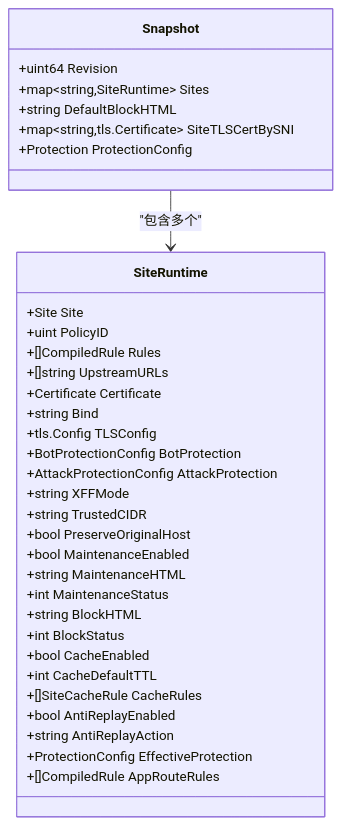
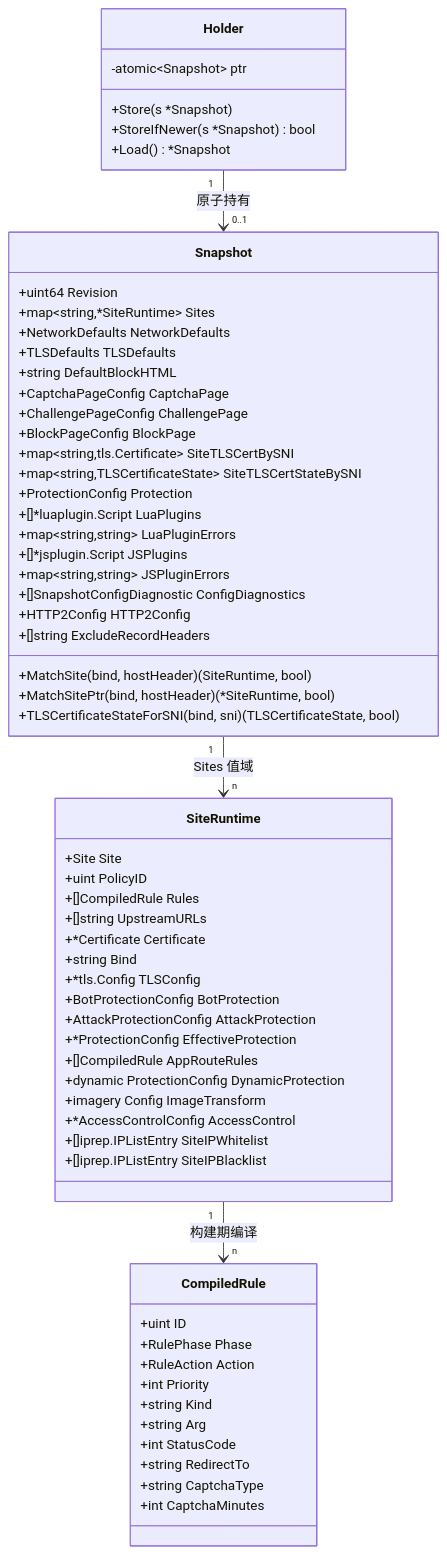
Before and after one commit to x01n/My-OpenWaf: the second of 6 diagrams in docs/配置管理系统/配置快照机制.md, drawn with Mermaid. The commit also changed other lines of this file and 622 other files, not shown here.

````diff
--- a/docs/配置管理系统/配置快照机制.md
+++ b/docs/配置管理系统/配置快照机制.md
@@ -167,37 +140,65 @@
 ```mermaid
 classDiagram
 class Snapshot {
 +uint64 Revision
-+map~string,SiteRuntime~ Sites
++map~string,*SiteRuntime~ Sites
++NetworkDefaults NetworkDefaults
++TLSDefaults TLSDefaults
 +string DefaultBlockHTML
++CaptchaPageConfig CaptchaPage
++ChallengePageConfig ChallengePage
++BlockPageConfig BlockPage
 +map~string,tls.Certificate~ SiteTLSCertBySNI
-+Protection ProtectionConfig
++map~string,TLSCertificateState~ SiteTLSCertStateBySNI
++ProtectionConfig Protection
++[]*luaplugin.Script LuaPlugins
++map~string,string~ LuaPluginErrors
++[]*jsplugin.Script JSPlugins
++map~string,string~ JSPluginErrors
++[]SnapshotConfigDiagnostic ConfigDiagnostics
++HTTP2Config HTTP2Config
++[]string ExcludeRecordHeaders
++MatchSite(bind, hostHeader) (SiteRuntime, bool)
++MatchSitePtr(bind, hostHeader) (*SiteRuntime, bool)
++TLSCertificateStateForSNI(bind, sni) (TLSCertificateState, bool)
 }
 class SiteRuntime {
 +Site Site
 +uint PolicyID
 +[]CompiledRule Rules
 +[]string UpstreamURLs
-+Certificate Certificate
++*Certificate Certificate
 +string Bind
-+tls.Config TLSConfig
++*tls.Config TLSConfig
 +BotProtectionConfig BotProtection
 +AttackProtectionConfig AttackProtection
-+string XFFMode
-+string TrustedCIDR
-+bool PreserveOriginalHost
-+bool MaintenanceEnabled
-+string MaintenanceHTML
-+int MaintenanceStatus
-+string BlockHTML
-+int BlockStatus
-+bool CacheEnabled
-+int CacheDefaultTTL
-+[]SiteCacheRule CacheRules
-+bool AntiReplayEnabled
-+string AntiReplayAction
-+ProtectionConfig EffectiveProtection
++*ProtectionConfig EffectiveProtection
 +[]CompiledRule AppRouteRules
++dynamic ProtectionConfig DynamicProtection
++imagery Config ImageTransform
++*AccessControlConfig AccessControl
++[]iprep.IPListEntry SiteIPWhitelist
++[]iprep.IPListEntry SiteIPBlacklist
 }
-Snapshot --> SiteRuntime : "包含多个"
+class Holder {
+-atomic~Snapshot~ ptr
++Store(s *Snapshot)
++StoreIfNewer(s *Snapshot) bool
++Load() *Snapshot
+}
+class CompiledRule {
++uint ID
++RulePhase Phase
++RuleAction Action
++int Priority
++string Kind
++string Arg
++int StatusCode
++string RedirectTo
++string CaptchaType
++int CaptchaMinutes
+}
+Snapshot "1" --> "n" SiteRuntime : Sites 值域
+SiteRuntime "1" --> "n" CompiledRule : 构建期编译
+Holder "1" --> "0..1" Snapshot : 原子持有
 ```
````
